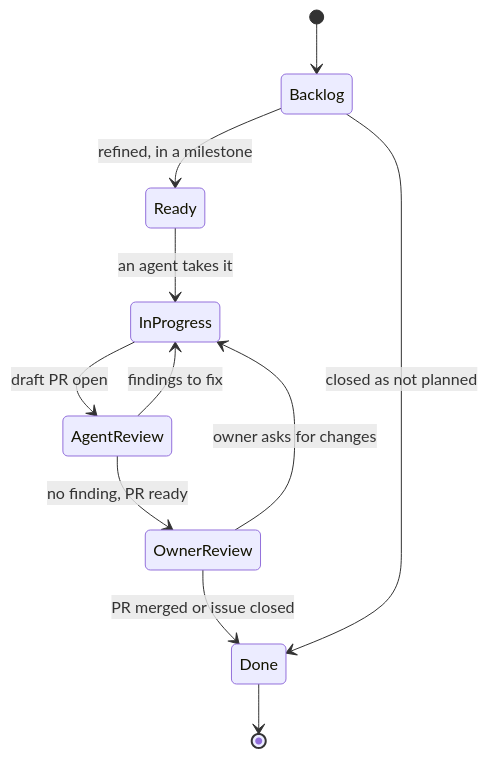
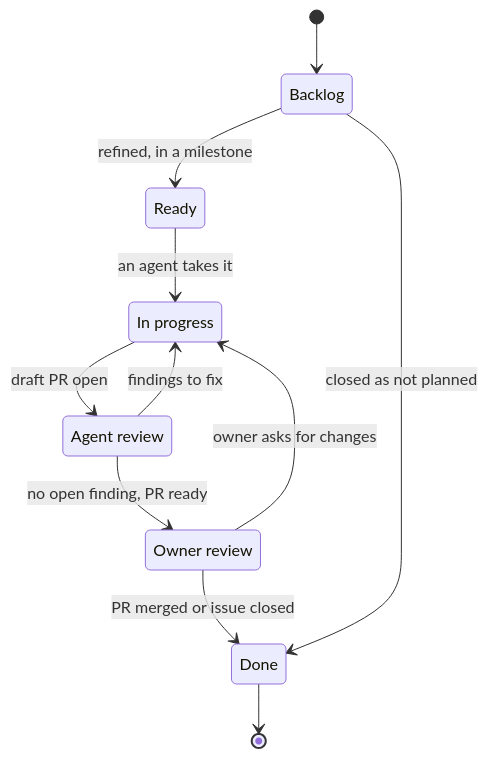
The fifth of 7 diagrams in docs/records/rfcs/0002-how-we-work.md (gsuquet/homelab), drawn with Mermaid before and after one commit. The commit also changed other lines of this file, not shown here.

First line of the commit message:
docs(records): apply review round 1 to RFC 0002

````diff
--- a/docs/records/rfcs/0002-how-we-work.md
+++ b/docs/records/rfcs/0002-how-we-work.md
@@ -265,13 +305,16 @@
 ```mermaid
 stateDiagram-v2
+    state "In progress" as InProgress
+    state "Agent review" as AgentReview
+    state "Owner review" as OwnerReview
     [*] --> Backlog
     Backlog --> Ready: refined, in a milestone
     Ready --> InProgress: an agent takes it
     InProgress --> AgentReview: draft PR open
     AgentReview --> InProgress: findings to fix
-    AgentReview --> OwnerReview: no finding, PR ready
+    AgentReview --> OwnerReview: no open finding, PR ready
     OwnerReview --> InProgress: owner asks for changes
     OwnerReview --> Done: PR merged or issue closed
     Backlog --> Done: closed as not planned
     Done --> [*]
 ```
````
